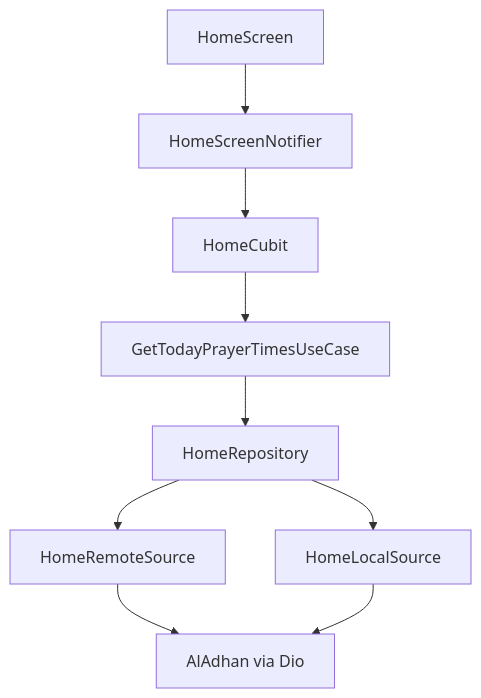
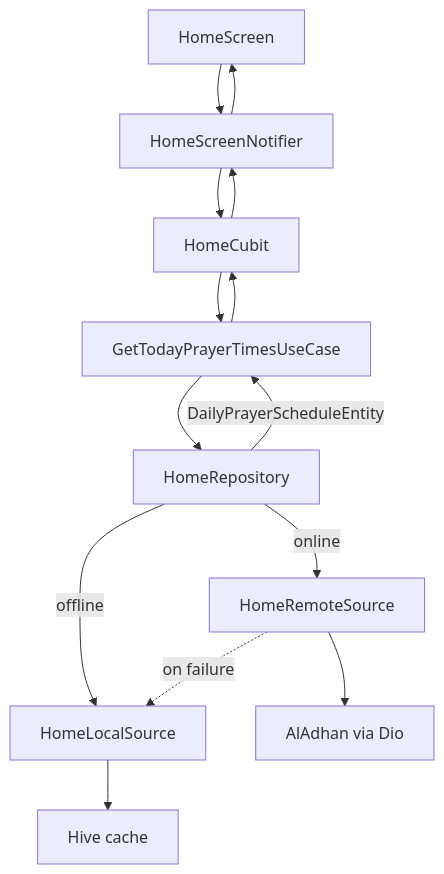
One commit to Ammourie/Sakeenah changed the second of 4 diagrams in README.ar.md. Above: the diagram before and after it, drawn with Mermaid. The commit also changed 1 other file, not shown here.

Commit message:
refactor README to enhance flowchart diagrams by specifying online and offline data sources, improving clarity in data flow representation in both English and Arabic versions

````diff
--- a/README.ar.md
+++ b/README.ar.md
@@ -236,11 +236,16 @@
 ```mermaid
 flowchart TD
   A[HomeScreen] --> B[HomeScreenNotifier]
   B --> C[HomeCubit]
   C --> D[GetTodayPrayerTimesUseCase]
   D --> E[HomeRepository]
-  E --> F[HomeRemoteSource]
-  E --> G[HomeLocalSource]
+  E -->|online| F[HomeRemoteSource]
+  E -->|offline| G[HomeLocalSource]
   F --> H[AlAdhan via Dio]
-  G --> H
+  G --> I[Hive cache]
+  F -.->|on failure| G
+  E -->|DailyPrayerScheduleEntity| D
+  D --> C
+  C --> B
+  B --> A
 ```
````
